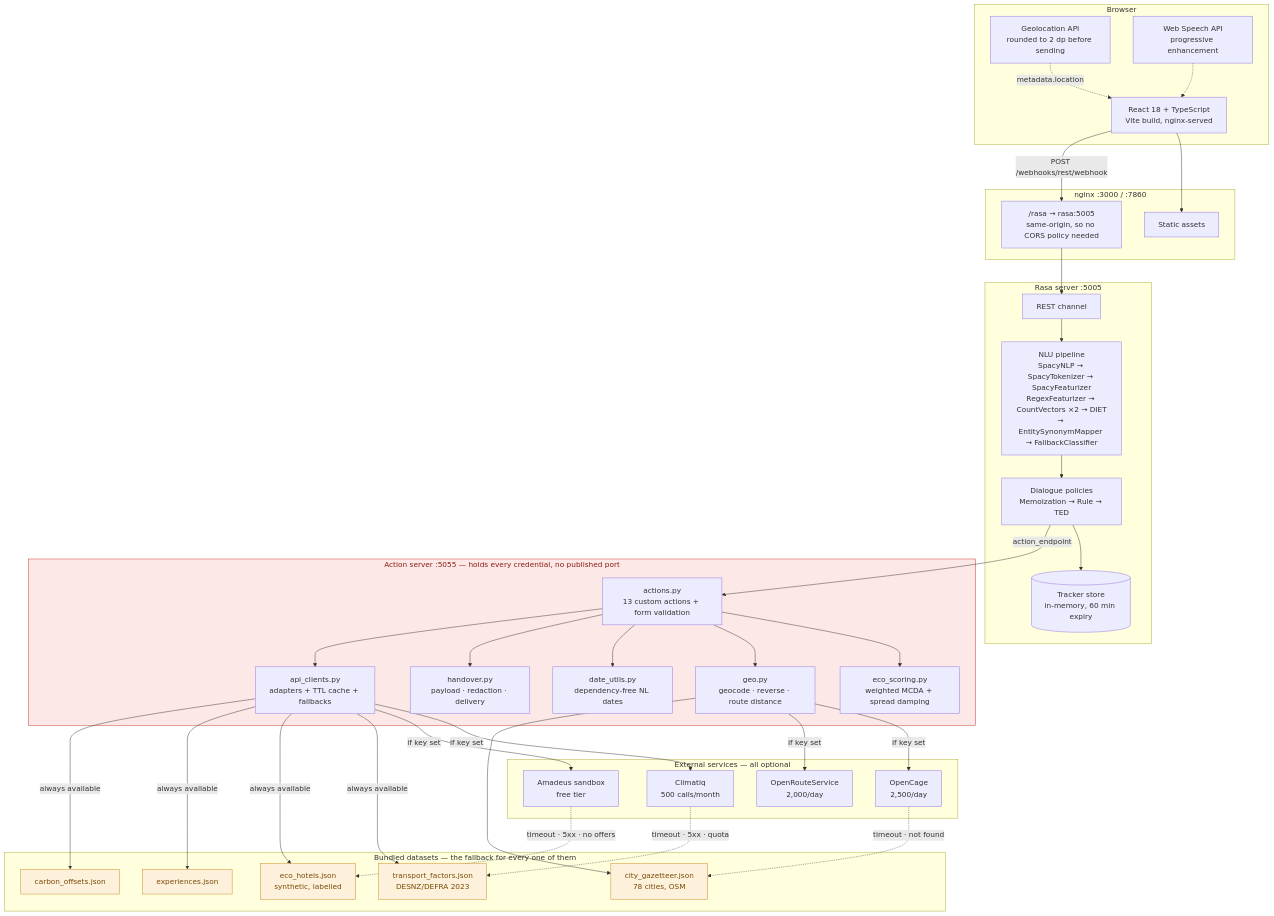
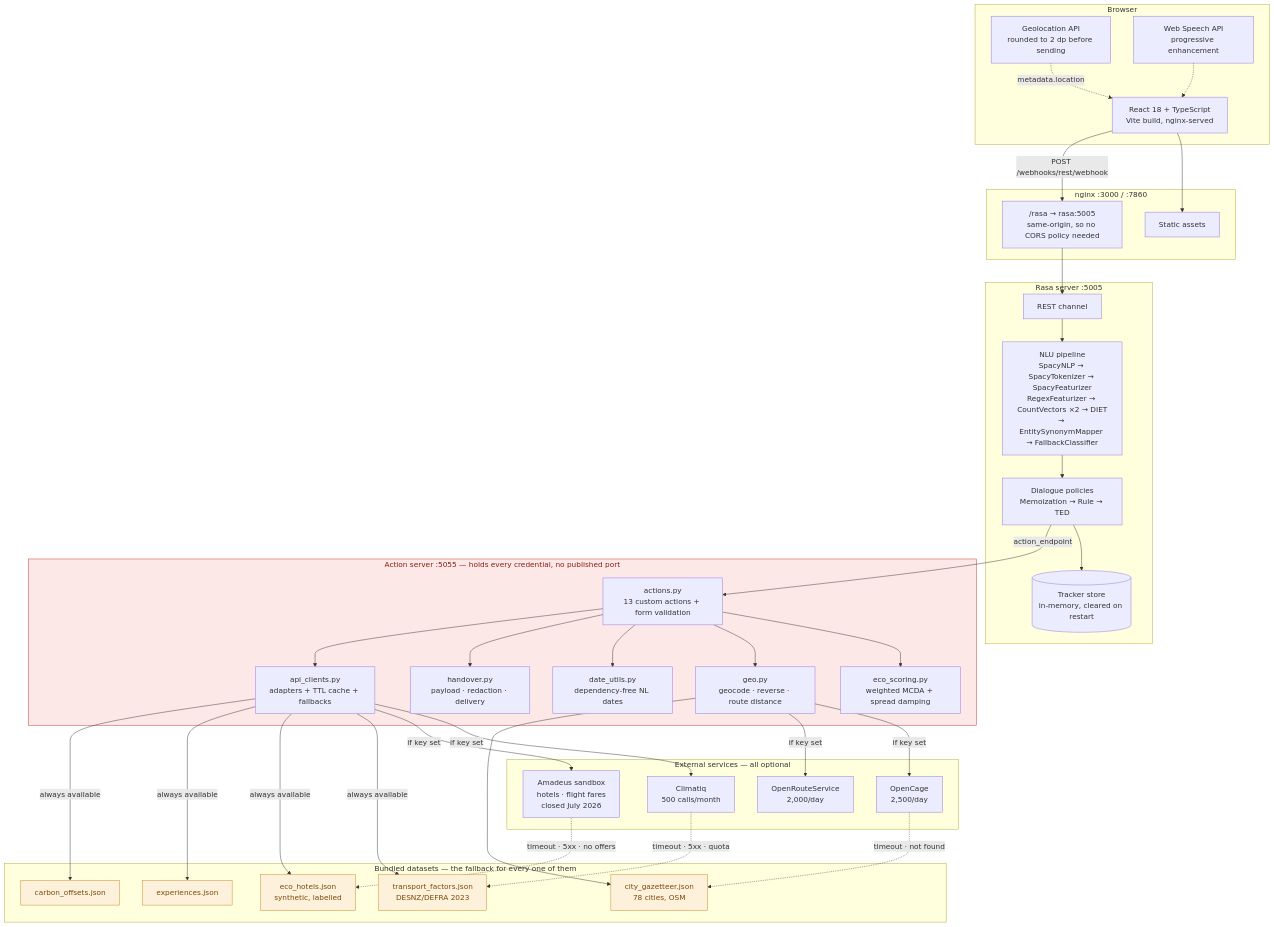
One commit to hasan1s02/eco-travel-advisor-SELMO changed the first of 2 diagrams in docs/architecture.md. Above: the diagram before and after it, drawn with Mermaid.

Commit message:
Architecture diagram: tracker retention and Amadeus status as they actually are

````diff
--- a/docs/architecture.md
+++ b/docs/architecture.md
@@ -3,65 +3,65 @@
 ```mermaid
 flowchart TB
     subgraph browser["Browser"]
         UI["React 18 + TypeScript<br/>Vite build, nginx-served"]
         GEO["Geolocation API<br/>rounded to 2 dp before sending"]
         SPEECH["Web Speech API<br/>progressive enhancement"]
     end
 
     subgraph edge["nginx :3000 / :7860"]
         STATIC["Static assets"]
         PROXY["/rasa → rasa:5005<br/>same-origin, so no CORS policy needed"]
     end
 
     subgraph rasa["Rasa server :5005"]
         REST["REST channel"]
         NLU["NLU pipeline<br/>SpacyNLP → SpacyTokenizer → SpacyFeaturizer<br/>RegexFeaturizer → CountVectors ×2 → DIET<br/>→ EntitySynonymMapper → FallbackClassifier"]
         CORE["Dialogue policies<br/>Memoization → Rule → TED"]
-        TRACKER[("Tracker store<br/>in-memory, 60 min expiry")]
+        TRACKER[("Tracker store<br/>in-memory, cleared on restart")]
     end
 
     subgraph actions["Action server :5055 — holds every credential, no published port"]
         ACT["actions.py<br/>13 custom actions + form validation"]
         SCORE["eco_scoring.py<br/>weighted MCDA + spread damping"]
         GEOM["geo.py<br/>geocode · reverse · route distance"]
         DATES["date_utils.py<br/>dependency-free NL dates"]
         HAND["handover.py<br/>payload · redaction · delivery"]
         CLIENTS["api_clients.py<br/>adapters + TTL cache + fallbacks"]
     end
 
     subgraph external["External services — all optional"]
         CLIM["Climatiq<br/>500 calls/month"]
-        AMA["Amadeus sandbox<br/>free tier"]
+        AMA["Amadeus sandbox<br/>hotels · flight fares<br/>closed July 2026"]
         OC["OpenCage<br/>2,500/day"]
         ORS["OpenRouteService<br/>2,000/day"]
     end
 
     subgraph offline["Bundled datasets — the fallback for every one of them"]
         F1["transport_factors.json<br/>DESNZ/DEFRA 2023"]
         F2["city_gazetteer.json<br/>78 cities, OSM"]
         F3["eco_hotels.json<br/>synthetic, labelled"]
         F4["experiences.json"]
         F5["carbon_offsets.json"]
     end
 
     UI --> STATIC
     UI -->|"POST /webhooks/rest/webhook"| PROXY
     GEO -.->|"metadata.location"| UI
     SPEECH -.-> UI
     PROXY --> REST
     REST --> NLU --> CORE --> TRACKER
     CORE -->|"action_endpoint"| ACT
     ACT --> SCORE & GEOM & DATES & HAND & CLIENTS
     CLIENTS -->|"if key set"| CLIM & AMA
     GEOM -->|"if key set"| OC & ORS
     CLIENTS -->|"always available"| F1 & F3 & F4 & F5
     GEOM --> F2
     CLIM -.->|"timeout · 5xx · quota"| F1
     AMA -.->|"timeout · 5xx · no offers"| F3
     OC -.->|"timeout · not found"| F2
 
     classDef fallback fill:#fdf1dc,stroke:#c9871a,color:#7a4a05
     classDef secure fill:#fce8e6,stroke:#c4342a,color:#8a1c13
     class F1,F2,F3,F4,F5 fallback
     class actions secure
 ```
````
